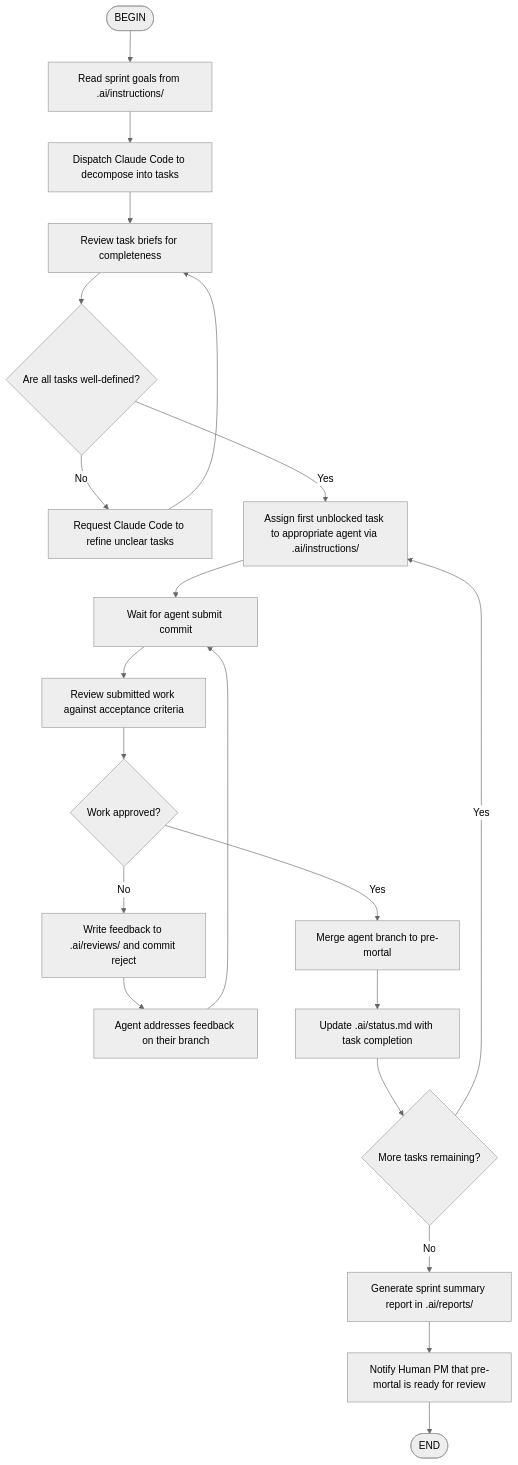
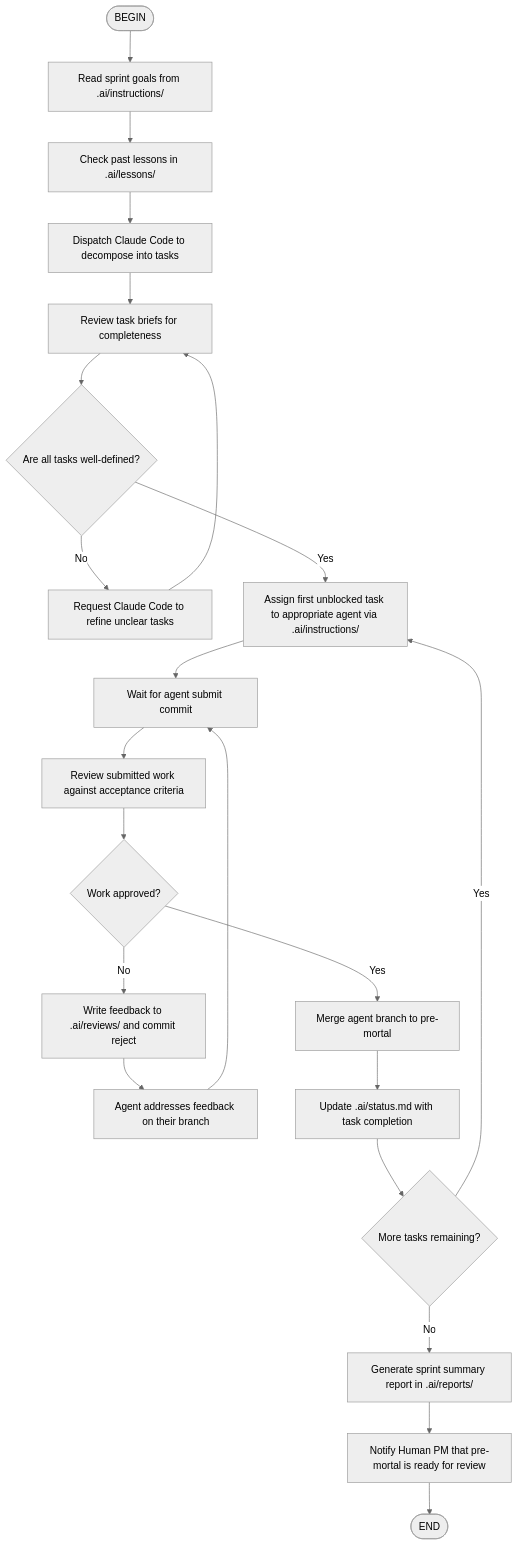
Before and after one commit to AgentArtel/open-artel-project-setup: the diagram in setups/multi-agent-starter/.agents/skills/sprint-execution/SKILL.md, drawn with Mermaid (neutral theme). The commit also changed other lines of this file and 24 other files, not shown here.

````diff
--- a/setups/multi-agent-starter/.agents/skills/sprint-execution/SKILL.md
+++ b/setups/multi-agent-starter/.agents/skills/sprint-execution/SKILL.md
@@ -7,23 +7,24 @@
 ```mermaid
 flowchart TD
     A([BEGIN]) --> B[Read sprint goals from .ai/instructions/]
-    B --> C[Dispatch Claude Code to decompose into tasks]
+    B --> B2[Check past lessons in .ai/lessons/]
+    B2 --> C[Dispatch Claude Code to decompose into tasks]
     C --> D[Review task briefs for completeness]
     D --> E{Are all tasks well-defined?}
     E -->|No| F[Request Claude Code to refine unclear tasks]
     F --> D
     E -->|Yes| G[Assign first unblocked task to appropriate agent via .ai/instructions/]
     G --> H[Wait for agent submit commit]
     H --> I[Review submitted work against acceptance criteria]
     I --> J{Work approved?}
     J -->|No| K[Write feedback to .ai/reviews/ and commit reject]
     K --> L[Agent addresses feedback on their branch]
     L --> H
     J -->|Yes| M[Merge agent branch to pre-mortal]
     M --> N[Update .ai/status.md with task completion]
     N --> O{More tasks remaining?}
     O -->|Yes| G
     O -->|No| P[Generate sprint summary report in .ai/reports/]
     P --> Q[Notify Human PM that pre-mortal is ready for review]
     Q --> R([END])
 ```
````
